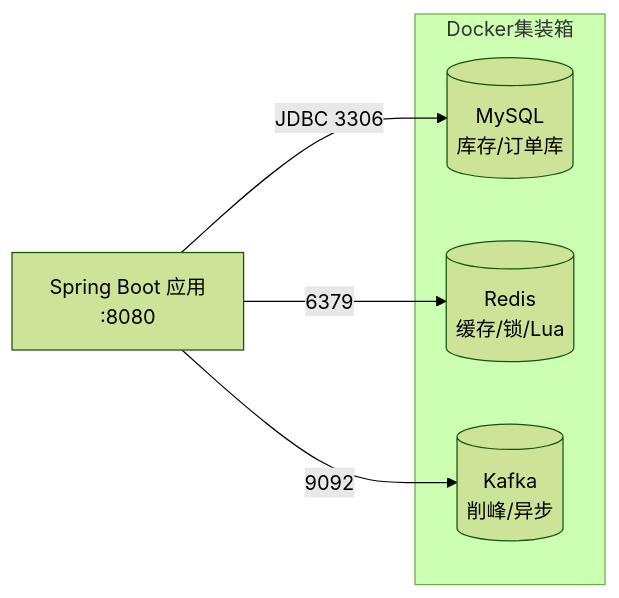
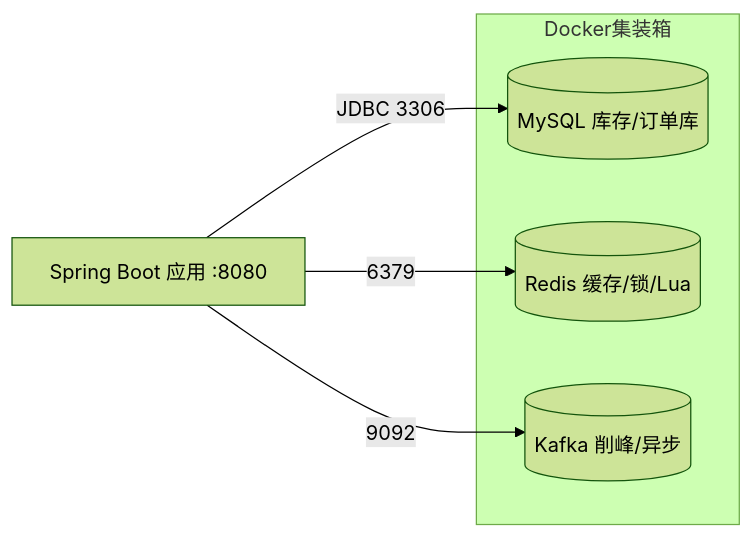
Before and after one commit to a805026135/insight-forge: the third of 3 diagrams in specs/insightforge/tutorials/phase0.md, drawn with Mermaid (forest theme). The commit also changed other lines of this file, not shown here.

````diff
--- a/specs/insightforge/tutorials/phase0.md
+++ b/specs/insightforge/tutorials/phase0.md
@@ -401,11 +605,9 @@
 ```mermaid
 flowchart LR
-    APP[Spring Boot 应用<br/>:8080] -->|JDBC 3306| MYSQL[(MySQL<br/>库存/订单库)]
-    APP -->|6379| REDIS[(Redis<br/>缓存/锁/Lua)]
-    APP -->|9092| KAFKA[(Kafka<br/>削峰/异步)]
+    APP[Spring Boot 应用 :8080] -->|JDBC 3306| MYSQL[(MySQL 库存/订单库)]
+    APP -->|6379| REDIS[(Redis 缓存/锁/Lua)]
+    APP -->|9092| KAFKA[(Kafka 削峰/异步)]
     subgraph Docker集装箱
-        MYSQL
-        REDIS
-        KAFKA
+        MYSQL; REDIS; KAFKA
     end
 ```
````
